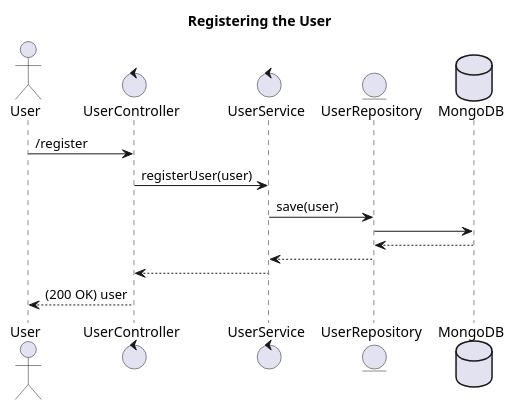
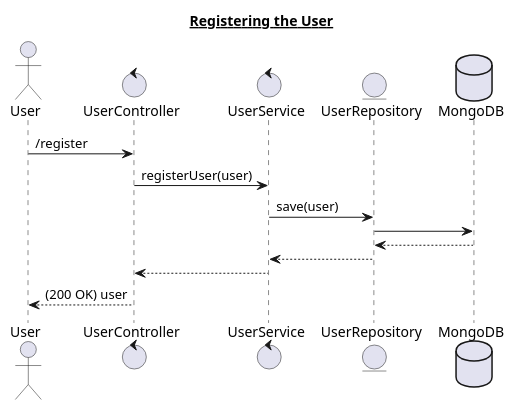
One commit to Akash-k-hub/ParkingLot changed the diagram in flows/user/registerUser.puml. Above: the diagram before and after it, drawn with PlantUML. The commit also changed 19 other files, not shown here.

```diff
--- a/flows/user/registerUser.puml
+++ b/flows/user/registerUser.puml
@@ -1,19 +1,19 @@
 @startuml
-title "Registering the User"
+title <U> Registering the User
 
 actor User
 control "UserController" as Controller
 control "UserService" as Service
 entity UserRepository as Dao
 database MongoDB as DB
 
 User -> Controller : /register
 Controller -> Service : registerUser(user)
 Service -> Dao : save(user)
 Dao -> DB
 DB --> Dao
 Dao --> Service
 Service --> Controller
 Controller --> User : (200 OK) user
 
 @enduml
```
